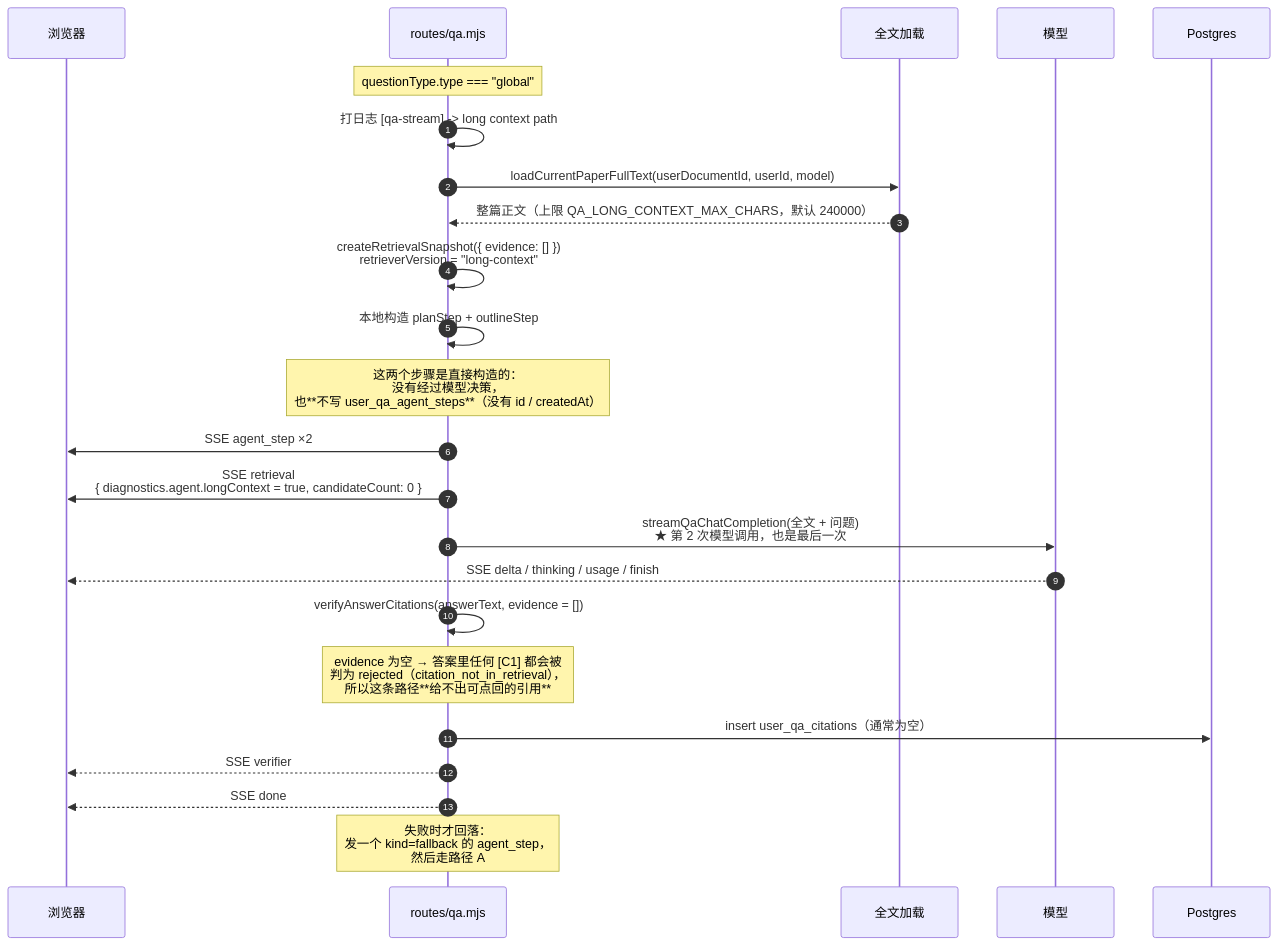
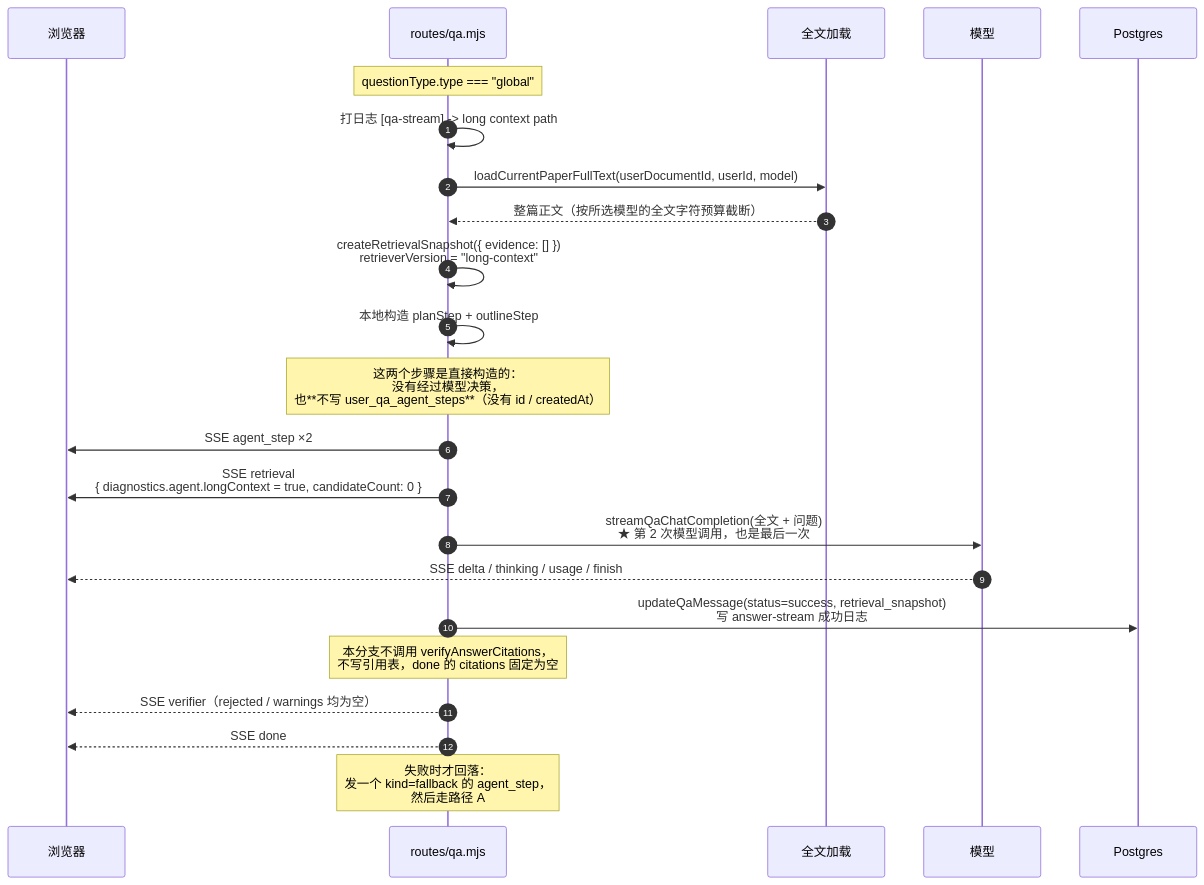
Before and after one commit to fenglinbei/pdf_translate_reader: the third of 3 diagrams in docs/qa-request-flow.md, drawn with Mermaid. The commit also changed other lines of this file and 11 other files, not shown here.

````diff
--- a/docs/qa-request-flow.md
+++ b/docs/qa-request-flow.md
@@ -93,29 +98,28 @@
 ```mermaid
 sequenceDiagram
     autonumber
     participant B as 浏览器
     participant R as routes/qa.mjs
     participant F as 全文加载
     participant M as 模型
     participant P as Postgres
 
     Note over R: questionType.type === "global"
     R->>R: 打日志 [qa-stream] -> long context path
     R->>F: loadCurrentPaperFullText(userDocumentId, userId, model)
-    F-->>R: 整篇正文（上限 QA_LONG_CONTEXT_MAX_CHARS，默认 240000）
+    F-->>R: 整篇正文（按所选模型的全文字符预算截断）
     R->>R: createRetrievalSnapshot({ evidence: [] })<br/>retrieverVersion = "long-context"
     R->>R: 本地构造 planStep + outlineStep
     Note over R: 这两个步骤是直接构造的：<br/>没有经过模型决策，<br/>也**不写 user_qa_agent_steps**（没有 id / createdAt）
     R->>B: SSE agent_step ×2
     R->>B: SSE retrieval<br/>{ diagnostics.agent.longContext = true, candidateCount: 0 }
 
     R->>M: streamQaChatCompletion(全文 + 问题)<br/>★ 第 2 次模型调用，也是最后一次
     M-->>B: SSE delta / thinking / usage / finish
-    R->>R: verifyAnswerCitations(answerText, evidence = [])
-    Note over R: evidence 为空 → 答案里任何 [C1] 都会被<br/>判为 rejected（citation_not_in_retrieval），<br/>所以这条路径**给不出可点回的引用**
-    R->>P: insert user_qa_citations（通常为空）
-    R-->>B: SSE verifier
+    R->>P: updateQaMessage(status=success, retrieval_snapshot)<br/>写 answer-stream 成功日志
+    Note over R: 本分支不调用 verifyAnswerCitations，<br/>不写引用表，done 的 citations 固定为空
+    R-->>B: SSE verifier（rejected / warnings 均为空）
     R-->>B: SSE done
 
     Note over R: 失败时才回落：<br/>发一个 kind=fallback 的 agent_step，<br/>然后走路径 A
 ```
````
